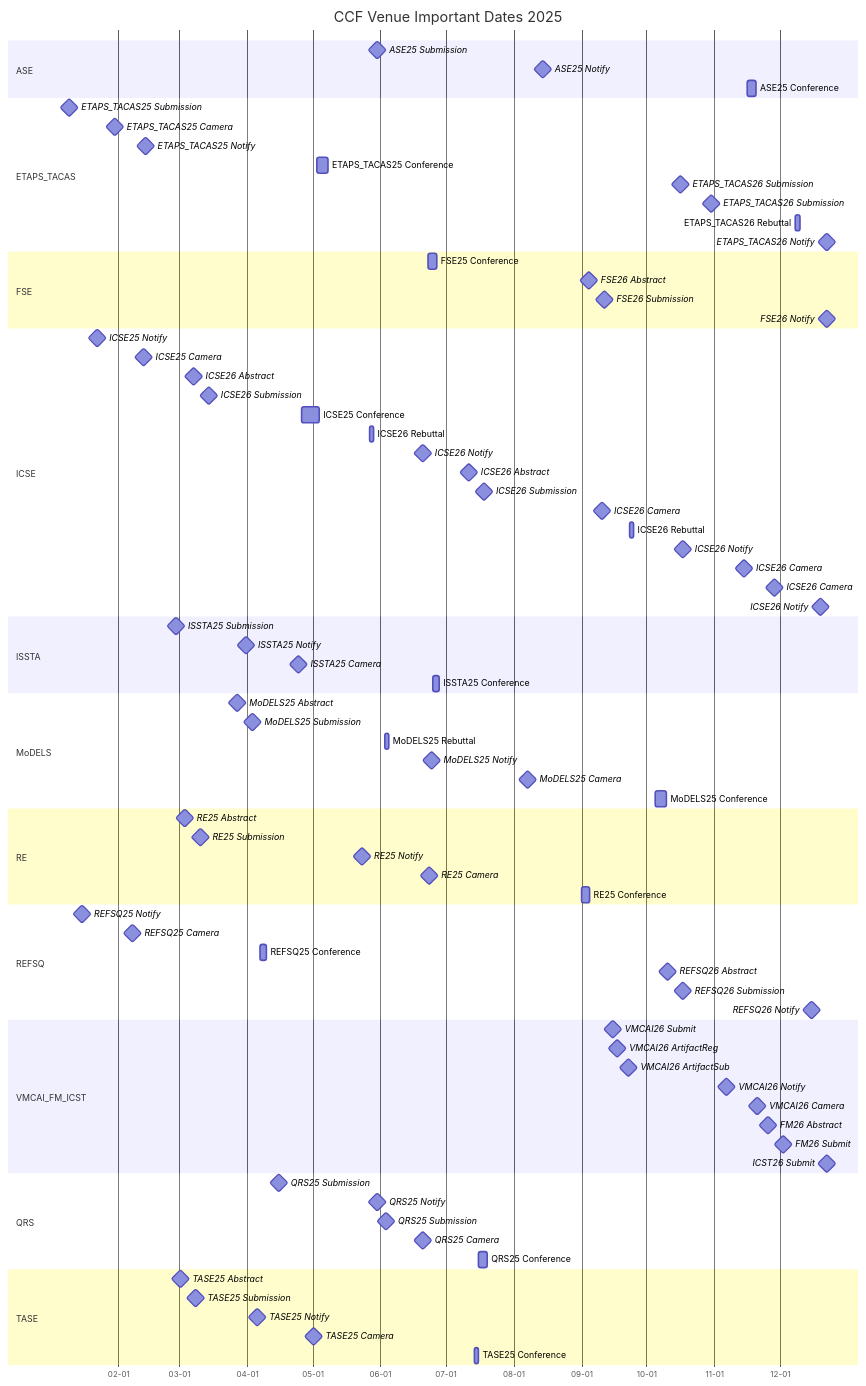
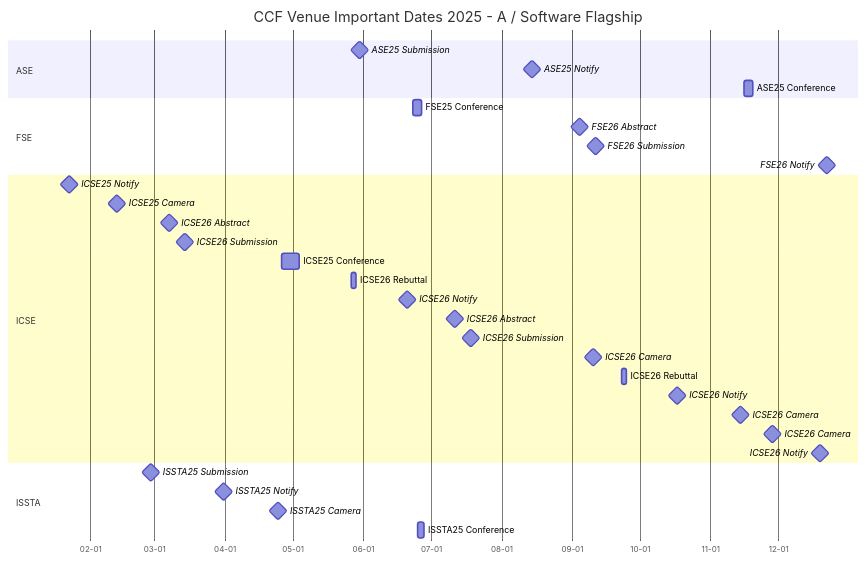
One commit to HansBug/research_ideas changed the seventh of 20 diagrams in ccf_venues/TIMELINE.md. Above: the diagram before and after it, drawn with Mermaid. The commit also changed other lines of this file and 5 other files, not shown here.

````diff
--- a/ccf_venues/TIMELINE.md
+++ b/ccf_venues/TIMELINE.md
@@ -481,6 +515,6 @@
 ```mermaid
 gantt
-  title CCF Venue Important Dates 2025
+  title CCF Venue Important Dates 2025 - A / Software Flagship
   dateFormat YYYY-MM-DD
   axisFormat %m-%d
 
@@ -488,16 +522,6 @@
   ASE25 Submission :milestone, ase_2025_1_20250530, 2025-05-30, 1d
   ASE25 Notify :milestone, ase_2025_2_20250814, 2025-08-14, 1d
   ASE25 Conference :ase_2025_3_20251116, 2025-11-16, 2025-11-20
-
-  section ETAPS_TACAS
-  ETAPS_TACAS25 Submission :milestone, etaps_tacas_2025_1_20250109, 2025-01-09, 1d
-  ETAPS_TACAS25 Camera :milestone, etaps_tacas_2025_2_20250130, 2025-01-30, 1d
-  ETAPS_TACAS25 Notify :milestone, etaps_tacas_2025_3_20250213, 2025-02-13, 1d
-  ETAPS_TACAS25 Conference :etaps_tacas_2025_4_20250503, 2025-05-03, 2025-05-08
-  ETAPS_TACAS26 Submission :milestone, etaps_tacas_2025_5_20251016, 2025-10-16, 1d
-  ETAPS_TACAS26 Submission :milestone, etaps_tacas_2025_6_20251030, 2025-10-30, 1d
-  ETAPS_TACAS26 Rebuttal :etaps_tacas_2025_7_20251208, 2025-12-08, 2025-12-10
-  ETAPS_TACAS26 Notify :milestone, etaps_tacas_2025_8_20251222, 2025-12-22, 1d
 
   section FSE
   FSE25 Conference :fse_2025_1_20250623, 2025-06-23, 2025-06-27
@@ -527,52 +551,4 @@
   ISSTA25 Notify :milestone, issta_2025_2_20250331, 2025-03-31, 1d
   ISSTA25 Camera :milestone, issta_2025_3_20250424, 2025-04-24, 1d
   ISSTA25 Conference :issta_2025_4_20250625, 2025-06-25, 2025-06-28
-
-  section MoDELS
-  MoDELS25 Abstract :milestone, models_2025_1_20250327, 2025-03-27, 1d
-  MoDELS25 Submission :milestone, models_2025_2_20250403, 2025-04-03, 1d
-  MoDELS25 Rebuttal :models_2025_3_20250603, 2025-06-03, 2025-06-05
-  MoDELS25 Notify :milestone, models_2025_4_20250624, 2025-06-24, 1d
-  MoDELS25 Camera :milestone, models_2025_5_20250807, 2025-08-07, 1d
-  MoDELS25 Conference :models_2025_6_20251005, 2025-10-05, 2025-10-10
-
-  section RE
-  RE25 Abstract :milestone, re_2025_1_20250303, 2025-03-03, 1d
-  RE25 Submission :milestone, re_2025_2_20250310, 2025-03-10, 1d
-  RE25 Notify :milestone, re_2025_3_20250523, 2025-05-23, 1d
-  RE25 Camera :milestone, re_2025_4_20250623, 2025-06-23, 1d
-  RE25 Conference :re_2025_5_20250901, 2025-09-01, 2025-09-05
-
-  section REFSQ
-  REFSQ25 Notify :milestone, refsq_2025_1_20250115, 2025-01-15, 1d
-  REFSQ25 Camera :milestone, refsq_2025_2_20250207, 2025-02-07, 1d
-  REFSQ25 Conference :refsq_2025_3_20250407, 2025-04-07, 2025-04-10
-  REFSQ26 Abstract :milestone, refsq_2025_4_20251010, 2025-10-10, 1d
-  REFSQ26 Submission :milestone, refsq_2025_5_20251017, 2025-10-17, 1d
-  REFSQ26 Notify :milestone, refsq_2025_6_20251215, 2025-12-15, 1d
-
-  section VMCAI_FM_ICST
-  VMCAI26 Submit :milestone, vmcai2026_submit, 2025-09-15, 1d
-  VMCAI26 ArtifactReg :milestone, vmcai2026_artreg, 2025-09-17, 1d
-  VMCAI26 ArtifactSub :milestone, vmcai2026_artsub, 2025-09-22, 1d
-  VMCAI26 Notify :milestone, vmcai2026_notify, 2025-11-06, 1d
-  VMCAI26 Camera :milestone, vmcai2026_camera, 2025-11-20, 1d
-  FM26 Abstract :milestone, fm2026_abs, 2025-11-25, 1d
-  FM26 Submit :milestone, fm2026_submit, 2025-12-02, 1d
-  ICST26 Submit :milestone, icst2026_submit, 2025-12-22, 1d
-
-
-  section QRS
-  QRS25 Submission :milestone, qrs_2025_1_20250415, 2025-04-15, 1d
-  QRS25 Notify :milestone, qrs_2025_2_20250530, 2025-05-30, 1d
-  QRS25 Submission :milestone, qrs_2025_3_20250603, 2025-06-03, 1d
-  QRS25 Camera :milestone, qrs_2025_4_20250620, 2025-06-20, 1d
-  QRS25 Conference :qrs_2025_5_20250716, 2025-07-16, 2025-07-20
-
-  section TASE
-  TASE25 Abstract :milestone, tase_2025_1_20250301, 2025-03-01, 1d
-  TASE25 Submission :milestone, tase_2025_2_20250308, 2025-03-08, 1d
-  TASE25 Notify :milestone, tase_2025_3_20250405, 2025-04-05, 1d
-  TASE25 Camera :milestone, tase_2025_4_20250501, 2025-05-01, 1d
-  TASE25 Conference :tase_2025_5_20250714, 2025-07-14, 2025-07-16
 ```
````
